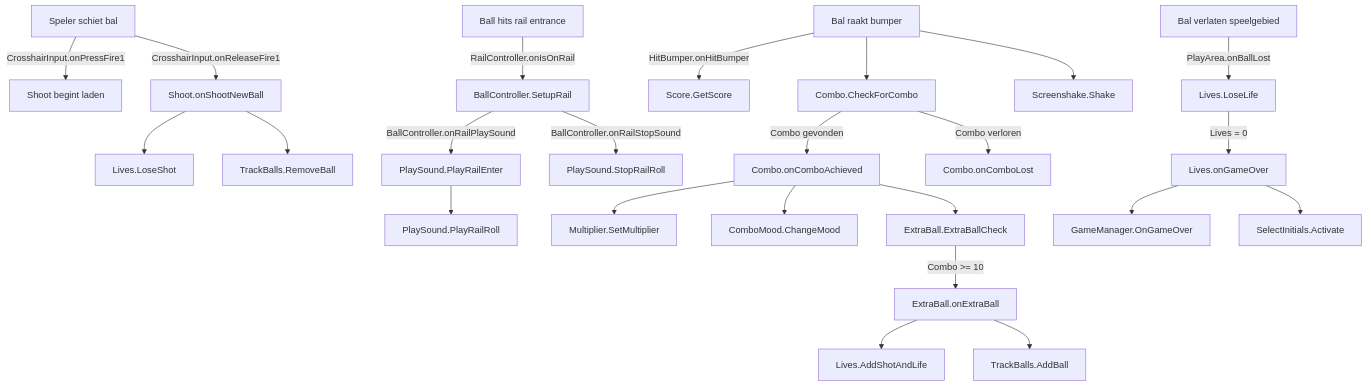
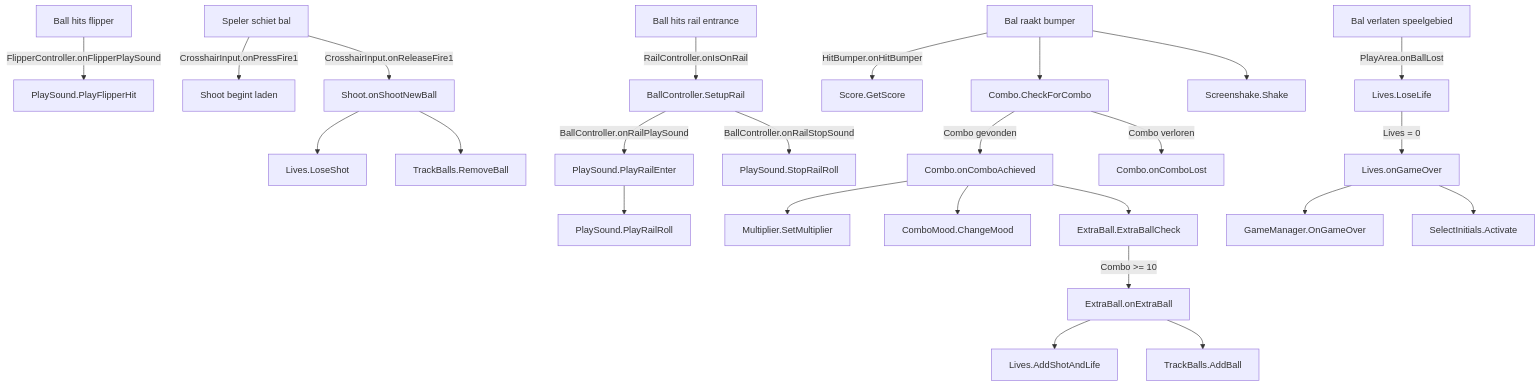
Before and after one commit to erwinhenraat/Galactic_Ricochet: the second of 2 diagrams in DOCS/TechnicalDesign.md, drawn with Mermaid. The commit also changed other lines of this file, not shown here.

````diff
--- a/DOCS/TechnicalDesign.md
+++ b/DOCS/TechnicalDesign.md
@@ -474,34 +486,36 @@
 ```mermaid
 graph TD
     A[Speler schiet bal] -->|CrosshairInput.onPressFire1| B[Shoot begint laden]
     A -->|CrosshairInput.onReleaseFire1| C[Shoot.onShootNewBall]
 
     C --> D[Lives.LoseShot]
     C --> E[TrackBalls.RemoveBall]
 
     F[Bal raakt bumper] -->|HitBumper.onHitBumper| G[Score.GetScore]
     F --> H[Combo.CheckForCombo]
     F --> I[Screenshake.Shake]
 
     H -->|Combo gevonden| J[Combo.onComboAchieved]
     H -->|Combo verloren| K[Combo.onComboLost]
 
     J --> L[Multiplier.SetMultiplier]
     J --> M[ComboMood.ChangeMood]
     J --> N[ExtraBall.ExtraBallCheck]
 
     N -->|Combo >= 10| O[ExtraBall.onExtraBall]
     O --> P[Lives.AddShotAndLife]
     O --> Q[TrackBalls.AddBall]
 
     R[Bal verlaten speelgebied] -->|PlayArea.onBallLost| S[Lives.LoseLife]
     S -->|Lives = 0| T[Lives.onGameOver]
 
     T --> U[GameManager.OnGameOver]
     T --> V[SelectInitials.Activate]
 
     Z[Ball hits rail entrance] --> |RailController.onIsOnRail| Y[BallController.SetupRail]
     Y -->  |BallController.onRailPlaySound| X[PlaySound.PlayRailEnter]
     X --> W[PlaySound.PlayRailRoll]
     Y -->  |BallController.onRailStopSound| 1[PlaySound.StopRailRoll]
+
+    2[Ball hits flipper] --> |FlipperController.onFlipperPlaySound| 3[PlaySound.PlayFlipperHit]
 ```
````
